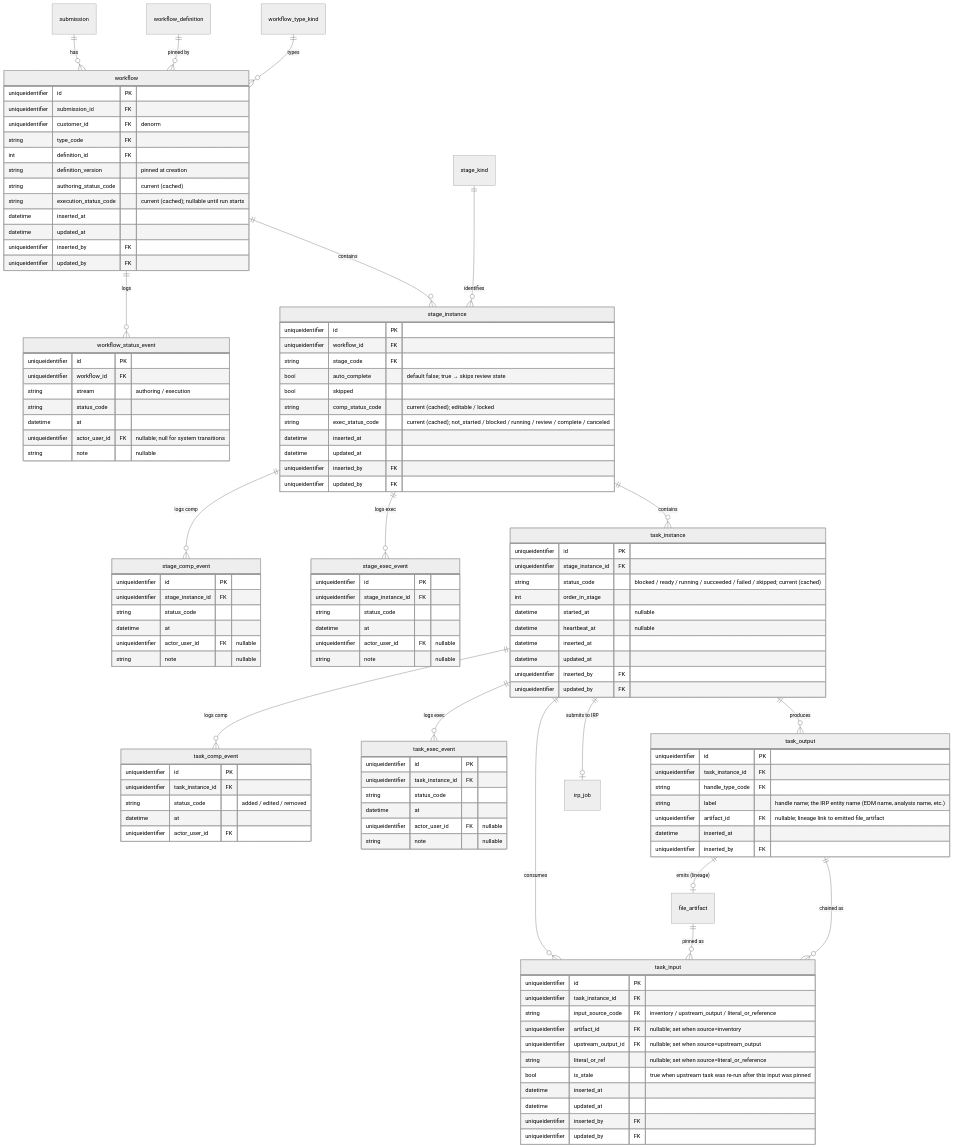
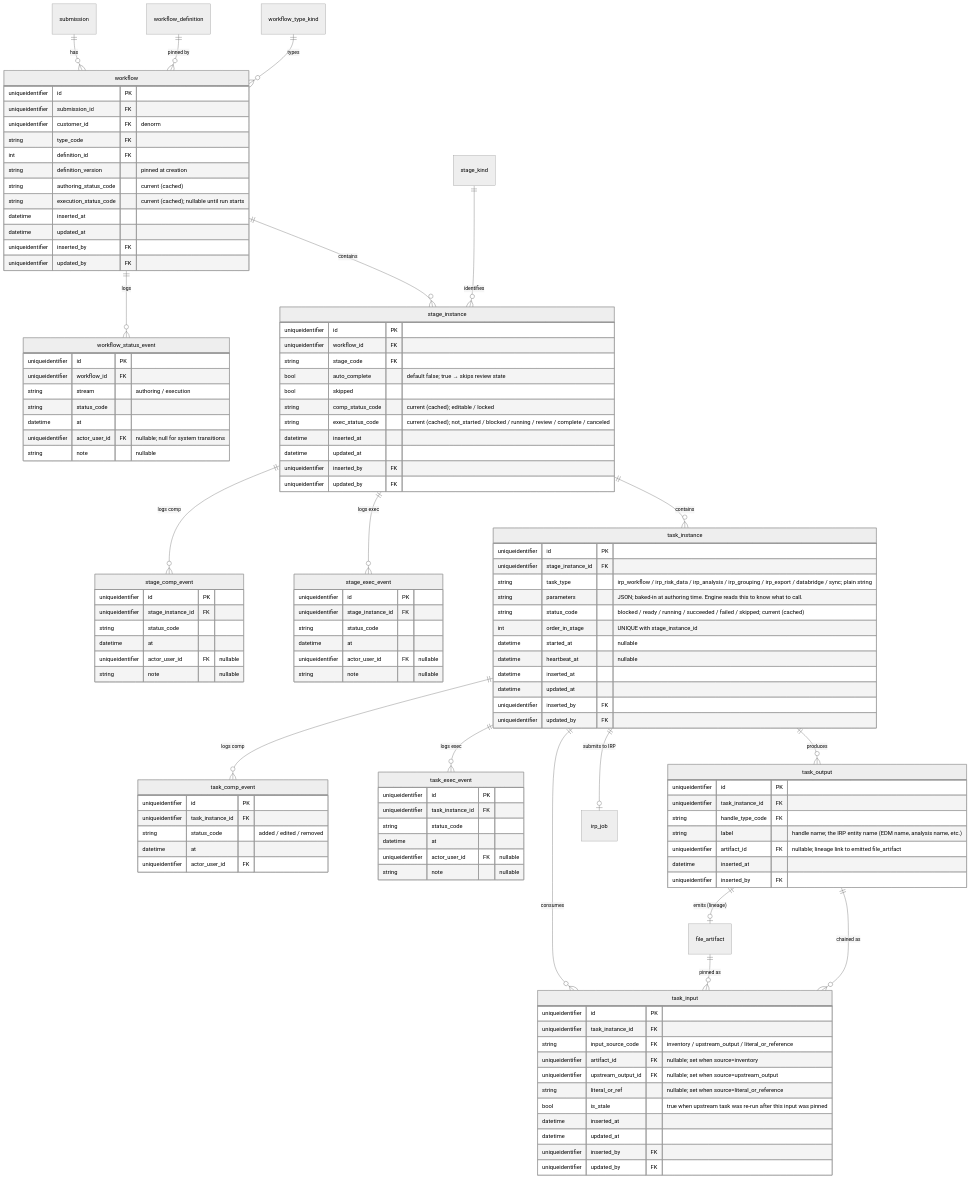
One commit to anilvenugopal/risk-workbench changed the seventh of 11 diagrams in docs/DATA_MODEL.md. Above: the diagram before and after it, drawn with Mermaid (neutral theme). The commit also changed other lines of this file and 1 other file, not shown here.

First line of the commit message:
docs: resolve 23 architect review issues in PRD and DATA_MODEL

```diff
--- a/docs/DATA_MODEL.md
+++ b/docs/DATA_MODEL.md
@@ -587,8 +593,10 @@
   task_instance {
     uniqueidentifier id PK
     uniqueidentifier stage_instance_id FK
+    string task_type "irp_workflow / irp_risk_data / irp_analysis / irp_grouping / irp_export / databridge / sync; plain string"
+    string parameters "JSON; baked-in at authoring time. Engine reads this to know what to call."
     string status_code "blocked / ready / running / succeeded / failed / skipped; current (cached)"
-    int order_in_stage
+    int order_in_stage "UNIQUE with stage_instance_id"
     datetime started_at "nullable"
     datetime heartbeat_at "nullable"
     datetime inserted_at
```
